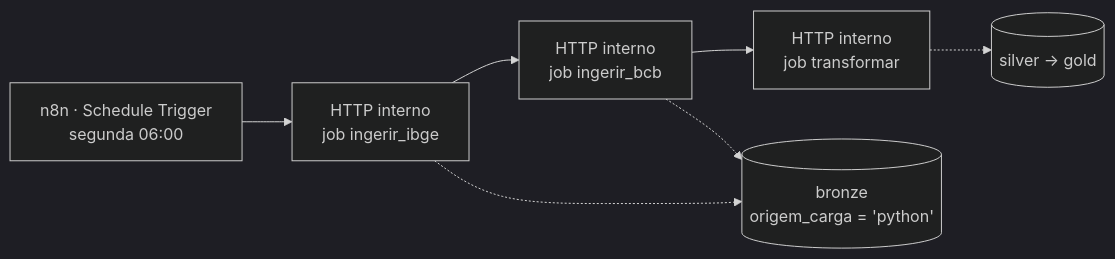
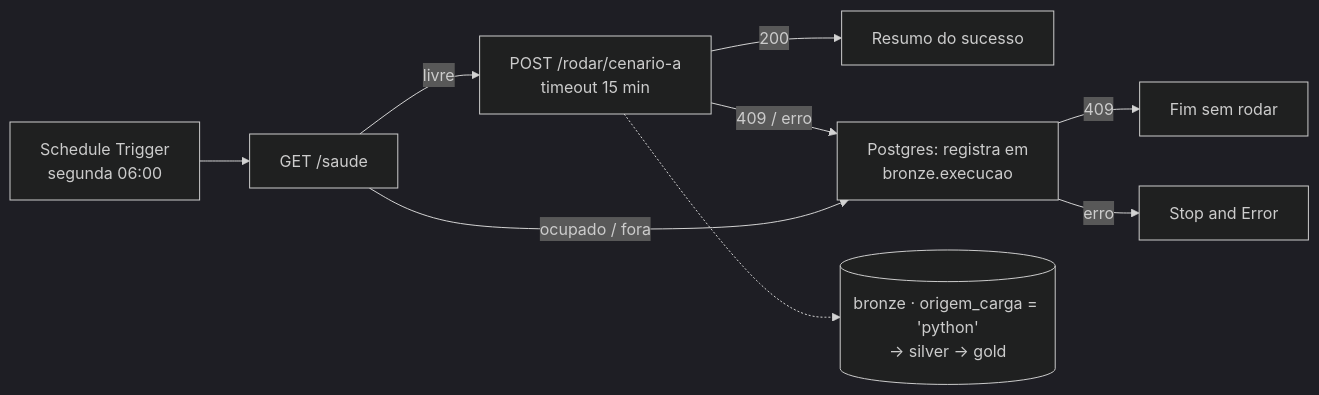
One commit to JJ-Junior/radar-expansao changed the third of 4 diagrams in spec.md. Above: the diagram before and after it, drawn with Mermaid (dark theme). The commit also changed other lines of this file and 8 other files, not shown here.

````diff
--- a/spec.md
+++ b/spec.md
@@ -605,9 +608,11 @@
 ```mermaid
 flowchart LR
-    T["n8n · Schedule Trigger<br/>segunda 06:00"] --> I1["HTTP interno<br/>job ingerir_ibge"]
-    I1 --> I2["HTTP interno<br/>job ingerir_bcb"]
-    I2 --> TR["HTTP interno<br/>job transformar"]
-    I1 -.-> B[("bronze<br/>origem_carga = 'python'")]
-    I2 -.-> B
-    TR -.-> SG[("silver → gold")]
+    T["Schedule Trigger<br/>segunda 06:00"] --> S["GET /saude"]
+    S -- livre --> P["POST /rodar/cenario-a<br/>timeout 15 min"]
+    P -- 200 --> OK["Resumo do sucesso"]
+    P -- "409 / erro" --> R["Postgres: registra em<br/>bronze.execucao"]
+    S -- "ocupado / fora" --> R
+    R -- 409 --> F["Fim sem rodar"]
+    R -- erro --> E["Stop and Error"]
+    P -.-> B[("bronze · origem_carga = 'python'<br/>→ silver → gold")]
 ```
````
